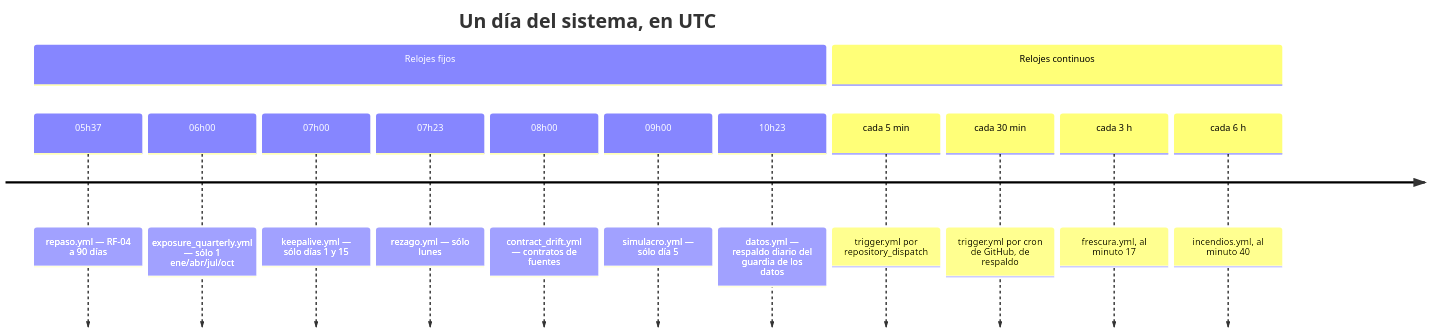
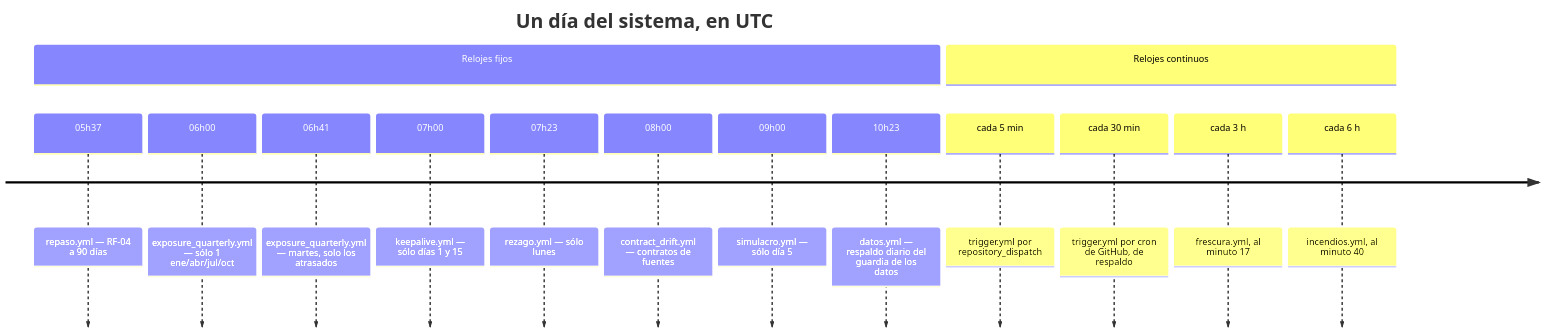
Before and after one commit to sforero77/CENTINELA: the first of 15 diagrams in docs/acciones/por-reloj.md, drawn with Mermaid. The commit also changed other lines of this file and 33 other files, not shown here.

````diff
--- a/docs/acciones/por-reloj.md
+++ b/docs/acciones/por-reloj.md
@@ -34,17 +35,18 @@
 ```mermaid
 timeline
   title Un día del sistema, en UTC
   section Relojes fijos
     05h37 : repaso.yml — RF-04 a 90 días
     06h00 : exposure_quarterly.yml — sólo 1 ene/abr/jul/oct
+    06h41 : exposure_quarterly.yml — martes, solo los atrasados
     07h00 : keepalive.yml — sólo días 1 y 15
     07h23 : rezago.yml — sólo lunes
     08h00 : contract_drift.yml — contratos de fuentes
     09h00 : simulacro.yml — sólo día 5
     10h23 : datos.yml — respaldo diario del guardia de los datos
   section Relojes continuos
     cada 5 min : trigger.yml por repository_dispatch
     cada 30 min : trigger.yml por cron de GitHub, de respaldo
     cada 3 h : frescura.yml, al minuto 17
     cada 6 h : incendios.yml, al minuto 40
 ```
````
